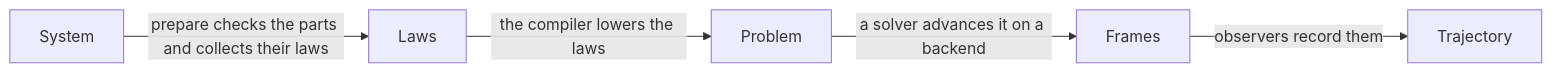
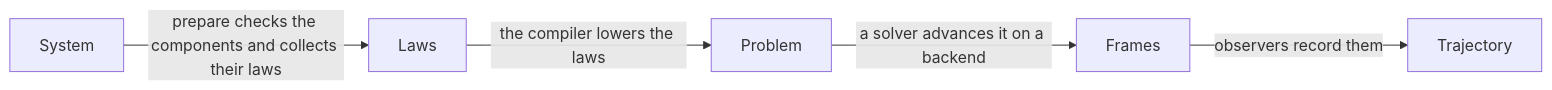
Before and after one commit to georgedouzas/scikit-complexity: the second of 2 diagrams in docs/overview/user_guide/core_components/index.md, drawn with Mermaid. The commit also changed other lines of this file and 48 other files, not shown here.

````diff
--- a/docs/overview/user_guide/core_components/index.md
+++ b/docs/overview/user_guide/core_components/index.md
@@ -58,7 +58,7 @@
 ```mermaid
 flowchart LR
-    A[System] -->|prepare checks the parts and collects their laws| B[Laws]
+    A[System] -->|prepare checks the components and collects their laws| B[Laws]
     B -->|the compiler lowers the laws| C[Problem]
     C -->|a solver advances it on a backend| D[Frames]
     D -->|observers record them| E[Trajectory]
 ```
````
